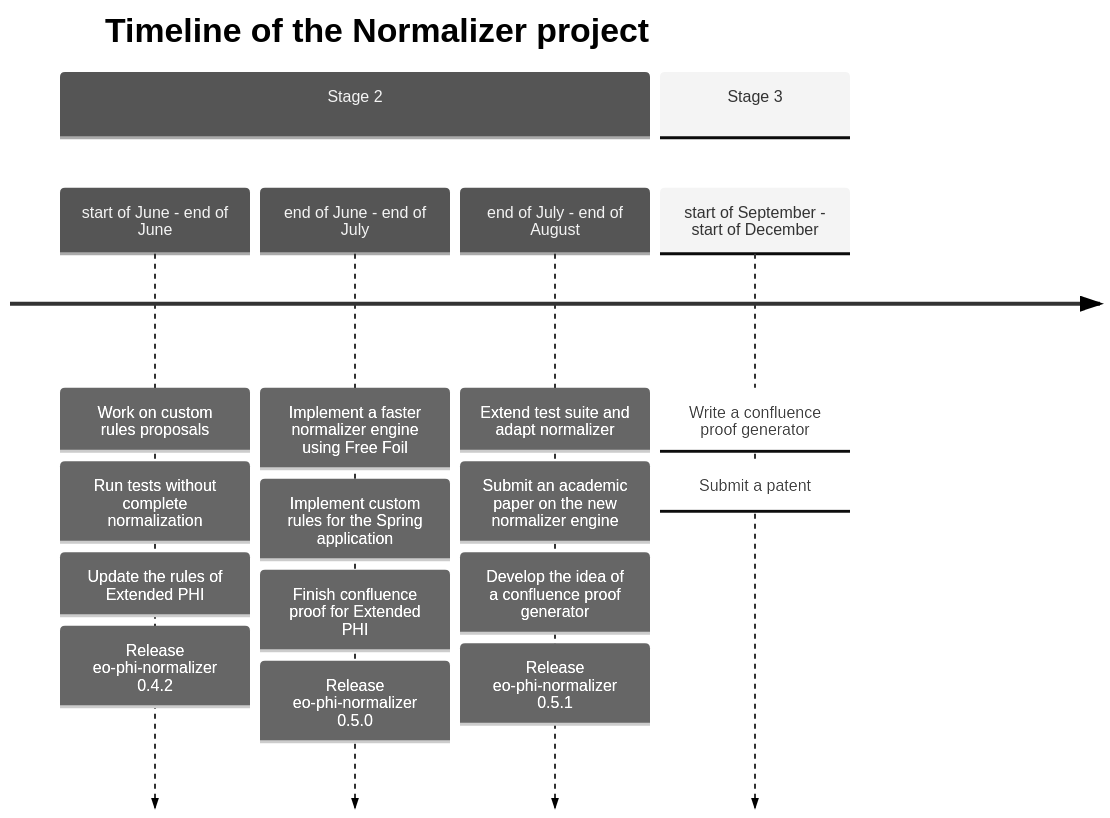
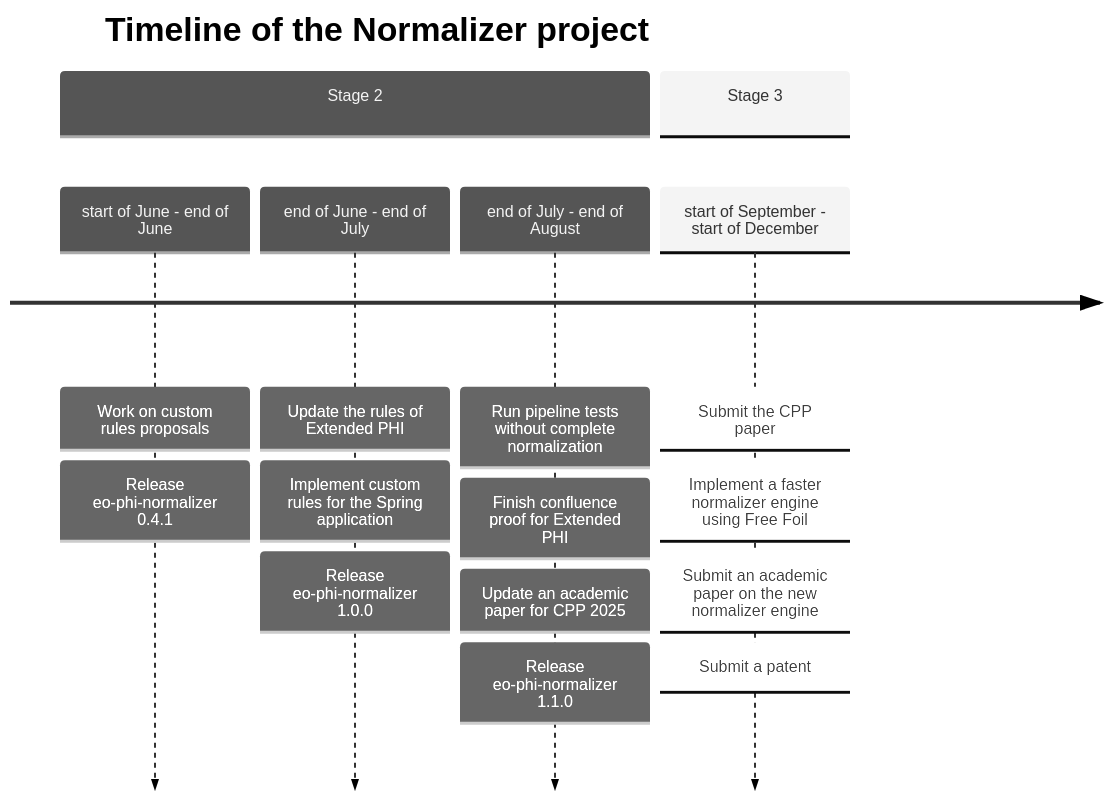
The second of 2 diagrams in README.md (deemp/normalizer-docs), drawn with Mermaid (neutral theme) before and after one commit.

Commit message:
fix(readme): update timeline

````diff
--- a/README.md
+++ b/README.md
@@ -65,24 +65,23 @@
 ```mermaid
 timeline
     title Timeline of the Normalizer project
     section Stage 2
         start of June - end of June
             : Work on custom rules proposals
-            : Run tests without complete normalization
+            : Release eo-phi-normalizer 0.4.1
+        end of June - end of July
             : Update the rules of Extended PHI
-            : Release eo-phi-normalizer 0.4.2
-        end of June - end of July
-            : Implement a faster normalizer engine using Free Foil
             : Implement custom rules for the Spring application
+            : Release eo-phi-normalizer 1.0.0
+        end of July - end of August
+            : Run pipeline tests without complete normalization
             : Finish confluence proof for Extended PHI
-            : Release eo-phi-normalizer 0.5.0
-        end of July - end of August
-            : Extend test suite and adapt normalizer
-            : Submit an academic paper on the new normalizer engine
-            : Develop the idea of a confluence proof generator
-            : Release eo-phi-normalizer 0.5.1
+            : Update an academic paper for CPP 2025
+            : Release eo-phi-normalizer 1.1.0
     section Stage 3
         start of September - start of December
-            : Write a confluence proof generator
+            : Submit the CPP paper
+            : Implement a faster normalizer engine using Free Foil
+            : Submit an academic paper on the new normalizer engine
             : Submit a patent
 ```
````
